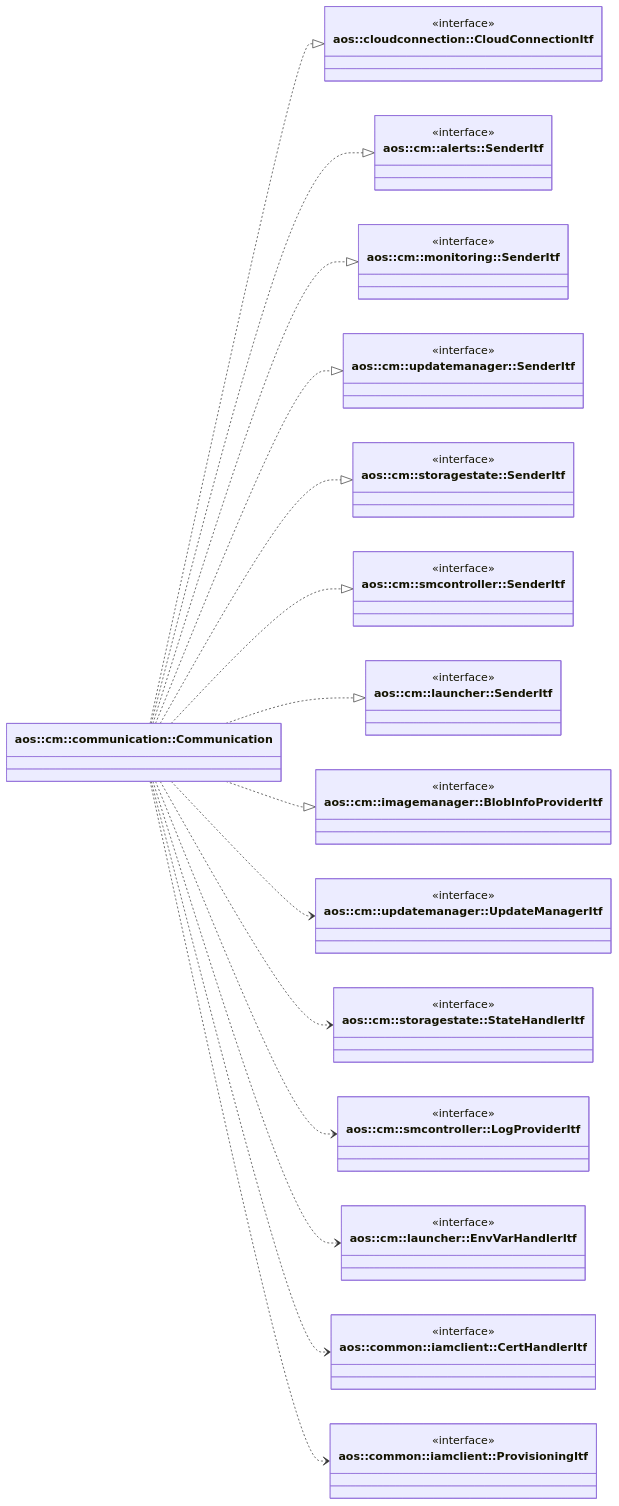
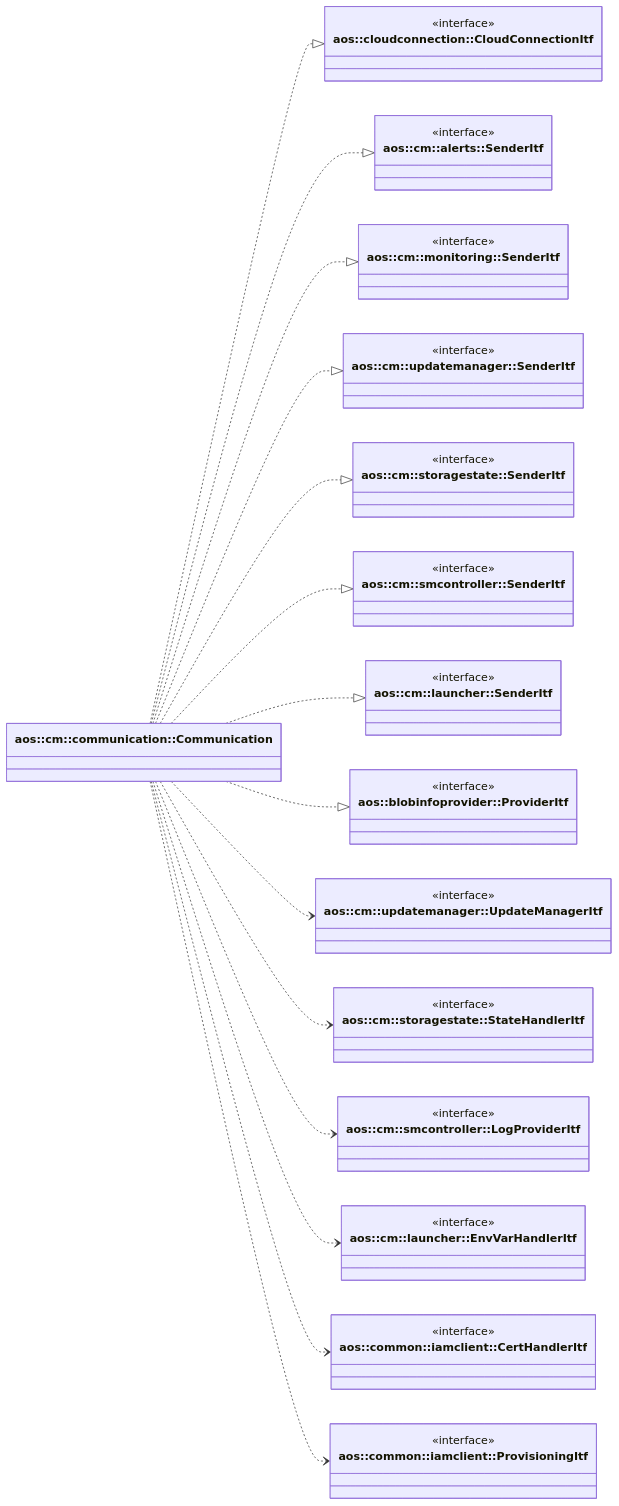
The diagram in src/core/cm/communication/communication.md (aosedge/aos_core_lib_cpp), drawn with Mermaid before and after one commit. The commit also changed other lines of this file and 11 other files, not shown here.

First line of the commit message:
common: blobinfoprovider: move blob info provider itf to common

````diff
--- a/src/core/cm/communication/communication.md
+++ b/src/core/cm/communication/communication.md
@@ -28,80 +28,80 @@
 ```mermaid
 classDiagram
     direction LR
 
     class Communication["aos::cm::communication::Communication"] {
     }
 
     class CloudConnectionItf["aos::cloudconnection::CloudConnectionItf"] {
         <<interface>>
     }
 
     class AlertsSenderItf["aos::cm::alerts::SenderItf"] {
         <<interface>>
     }
 
     class MonitoringSenderItf["aos::cm::monitoring::SenderItf"] {
         <<interface>>
     }
 
     class UpdateManagerSenderItf["aos::cm::updatemanager::SenderItf"] {
         <<interface>>
     }
 
     class StorageStateSenderItf["aos::cm::storagestate::SenderItf"] {
         <<interface>>
     }
 
     class SMControllerSenderItf["aos::cm::smcontroller::SenderItf"] {
         <<interface>>
     }
 
     class LauncherSenderItf["aos::cm::launcher::SenderItf"] {
         <<interface>>
     }
 
-    class BlobInfoProviderItf["aos::cm::imagemanager::BlobInfoProviderItf"] {
+    class BlobInfoProviderItf["aos::blobinfoprovider::ProviderItf"] {
         <<interface>>
     }
 
     class UpdateManagerItf["aos::cm::updatemanager::UpdateManagerItf"] {
         <<interface>>
     }
 
     class StateHandlerItf["aos::cm::storagestate::StateHandlerItf"] {
         <<interface>>
     }
 
     class LogProviderItf ["aos::cm::smcontroller::LogProviderItf"] {
         <<interface>>
     }
 
     class EnvVarHandlerItf ["aos::cm::launcher::EnvVarHandlerItf"] {
         <<interface>>
     }
 
     class CertHandlerItf ["aos::common::iamclient::CertHandlerItf"] {
         <<interface>>
     }
 
     class ProvisioningItf ["aos::common::iamclient::ProvisioningItf"] {
         <<interface>>
     }
 
 
     Communication ..|> CloudConnectionItf
     Communication ..|> AlertsSenderItf
     Communication ..|> MonitoringSenderItf
     Communication ..|> UpdateManagerSenderItf
     Communication ..|> StorageStateSenderItf
     Communication ..|> SMControllerSenderItf
     Communication ..|> LauncherSenderItf
     Communication ..|> BlobInfoProviderItf
 
     Communication ..> UpdateManagerItf
     Communication ..> StateHandlerItf
     Communication ..> LogProviderItf
     Communication ..> EnvVarHandlerItf
     Communication ..> CertHandlerItf
     Communication ..> ProvisioningItf
 ```
````
